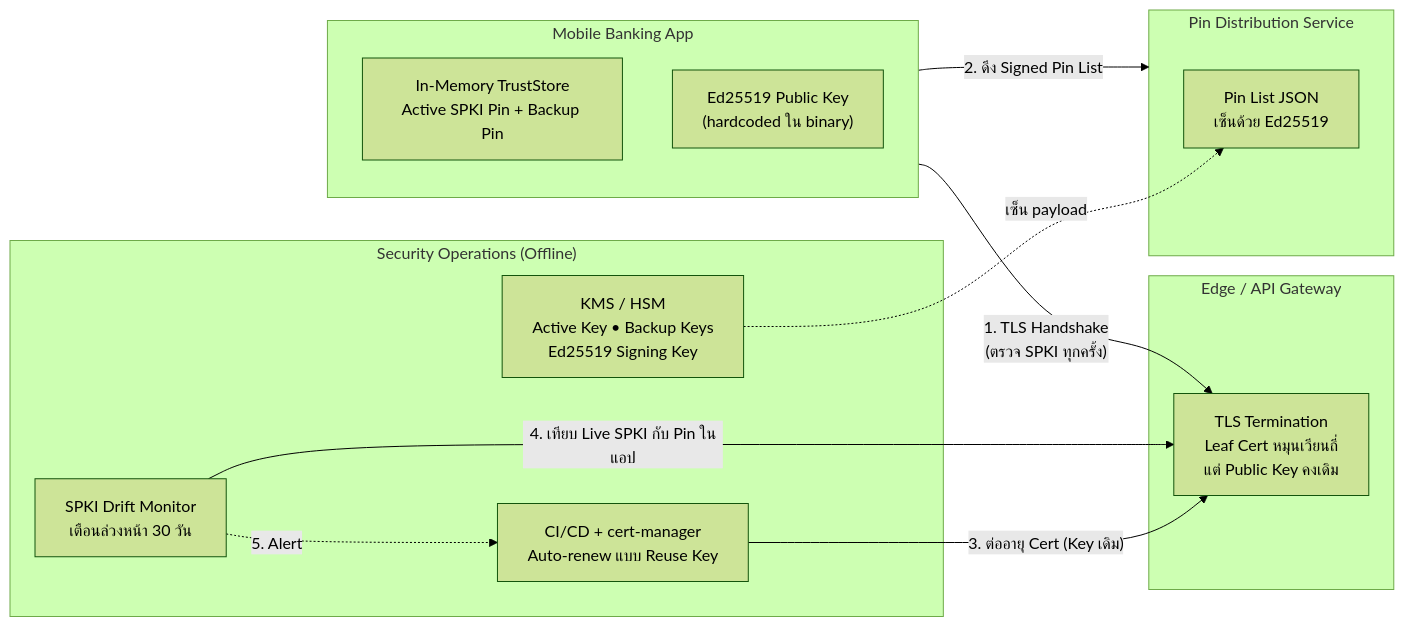
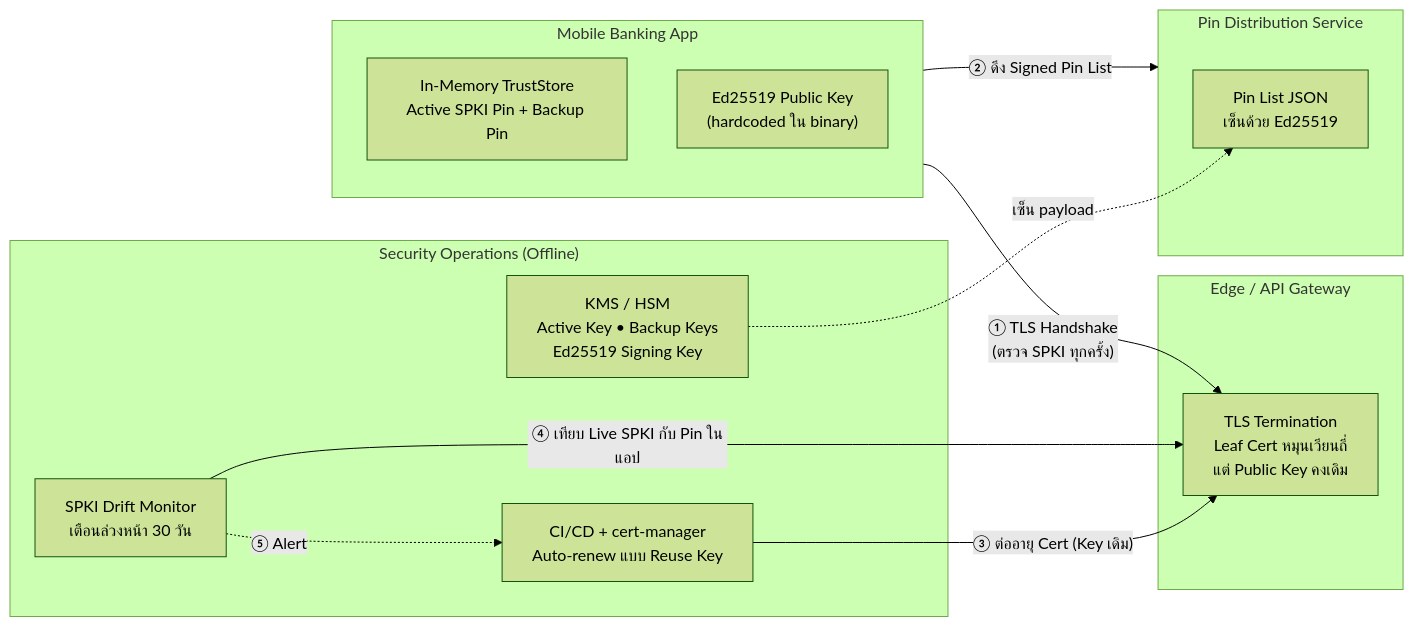
Before and after one commit to bouroo/bouroo.github.io: the second of 2 diagrams in content/posts/dev/cert_pinning_crisis/index.md, drawn with Mermaid (forest theme). The commit also changed 1 other file, not shown here.

Commit message:
style(docs): replace plain numerals with circled numbers in mermaid edge labels
Swap "1." through "5." for ①–⑤ in the reference architecture
flowchart (both en and th posts) for cleaner diagram rendering.

```diff
--- a/content/posts/dev/cert_pinning_crisis/index.md
+++ b/content/posts/dev/cert_pinning_crisis/index.md
@@ -111,28 +111,28 @@
 {{< mermaid >}}
 flowchart LR
     subgraph APP["Mobile Banking App"]
         TS["In-Memory TrustStore<br/>Active SPKI Pin + Backup Pin"]
         VK["Ed25519 Public Key<br/>(hardcoded ใน binary)"]
     end
 
     subgraph EDGE["Edge / API Gateway"]
         LB["TLS Termination<br/>Leaf Cert หมุนเวียนถี่<br/>แต่ Public Key คงเดิม"]
     end
 
     subgraph PINSVC["Pin Distribution Service"]
         PC["Pin List JSON<br/>เซ็นด้วย Ed25519"]
     end
 
     subgraph OPS["Security Operations (Offline)"]
         KMS["KMS / HSM<br/>Active Key • Backup Keys<br/>Ed25519 Signing Key"]
         CICD["CI/CD + cert-manager<br/>Auto-renew แบบ Reuse Key"]
         MON["SPKI Drift Monitor<br/>เตือนล่วงหน้า 30 วัน"]
     end
 
-    APP -- "1. TLS Handshake<br/>(ตรวจ SPKI ทุกครั้ง)" --> LB
-    APP -- "2. ดึง Signed Pin List" --> PINSVC
+    APP -- "① TLS Handshake<br/>(ตรวจ SPKI ทุกครั้ง)" --> LB
+    APP -- "② ดึง Signed Pin List" --> PINSVC
     KMS -. "เซ็น payload" .-> PC
-    CICD -- "3. ต่ออายุ Cert (Key เดิม)" --> LB
-    MON -- "4. เทียบ Live SPKI กับ Pin ในแอป" --> LB
-    MON -. "5. Alert" .-> CICD
+    CICD -- "③ ต่ออายุ Cert (Key เดิม)" --> LB
+    MON -- "④ เทียบ Live SPKI กับ Pin ในแอป" --> LB
+    MON -. "⑤ Alert" .-> CICD
 {{< /mermaid >}}
```
